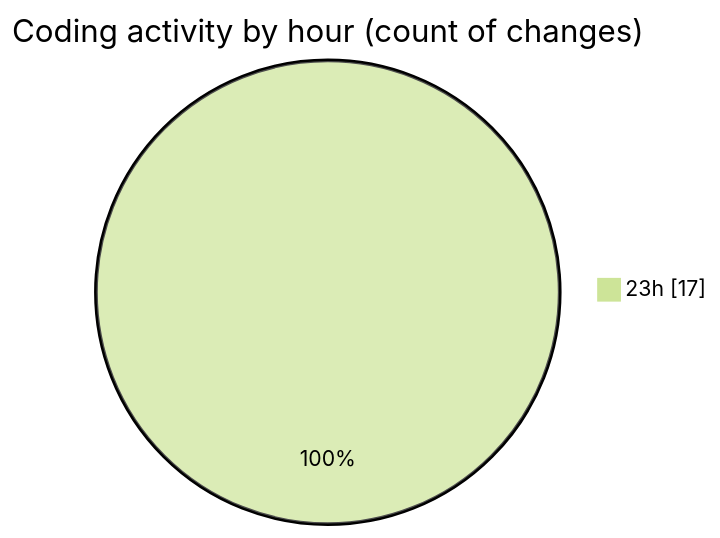
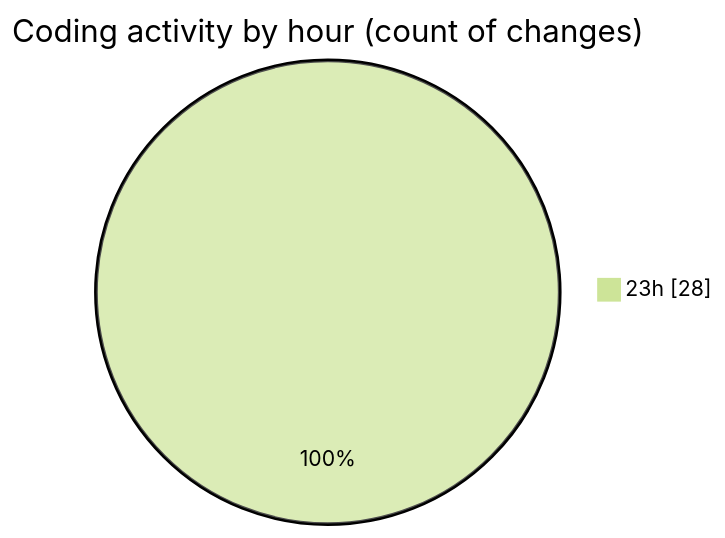
One commit to Netris89/code-tracking changed the second of 2 diagrams in 2025-04-26/date/README.md. Above: the diagram before and after it, drawn with Mermaid (forest theme). The commit also changed other lines of this file and 1 other file, not shown here.

````diff
--- a/2025-04-26/date/README.md
+++ b/2025-04-26/date/README.md
@@ -30,5 +30,5 @@
 ```mermaid
 pie showData
 title Coding activity by hour (count of changes)
-"23h" : 17
+"23h" : 28
 ```
````
